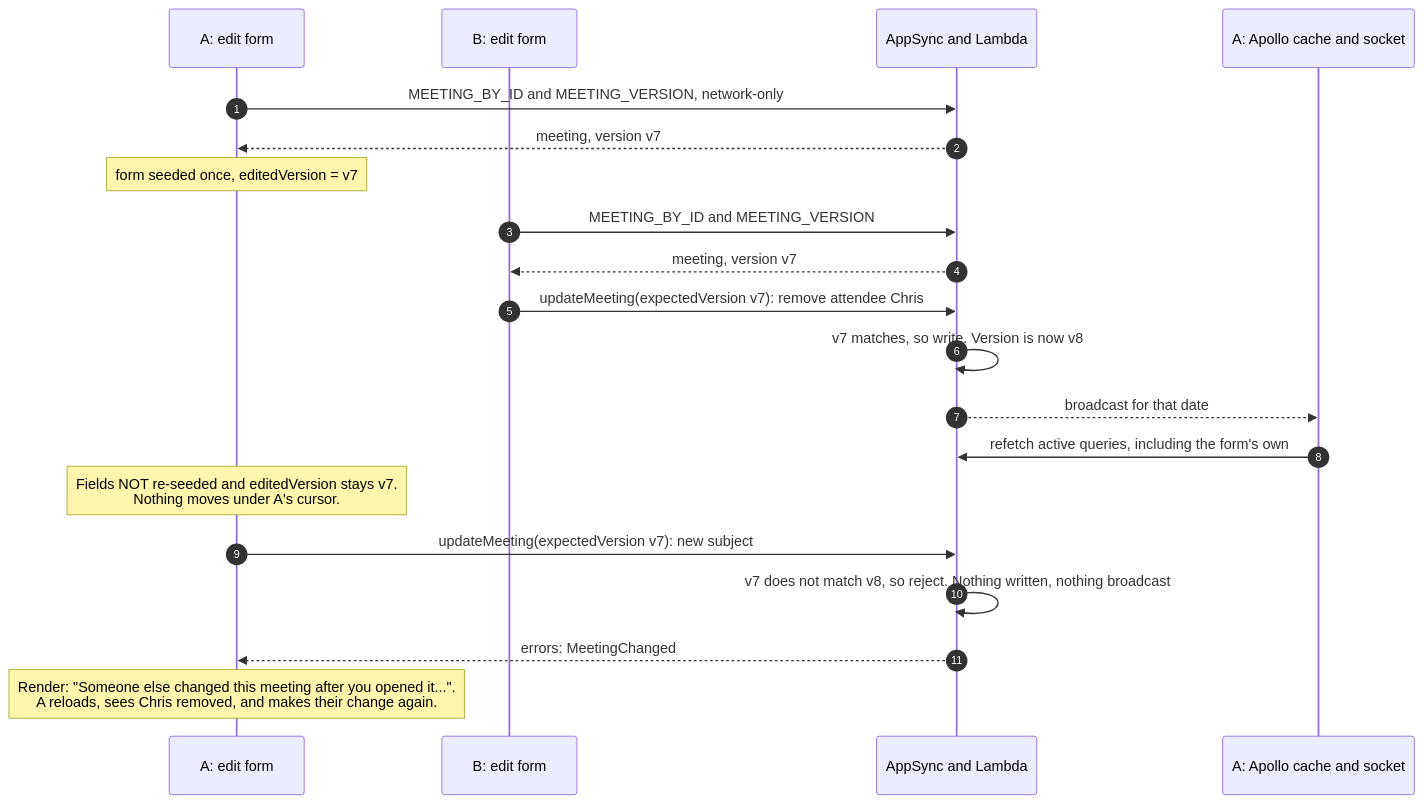
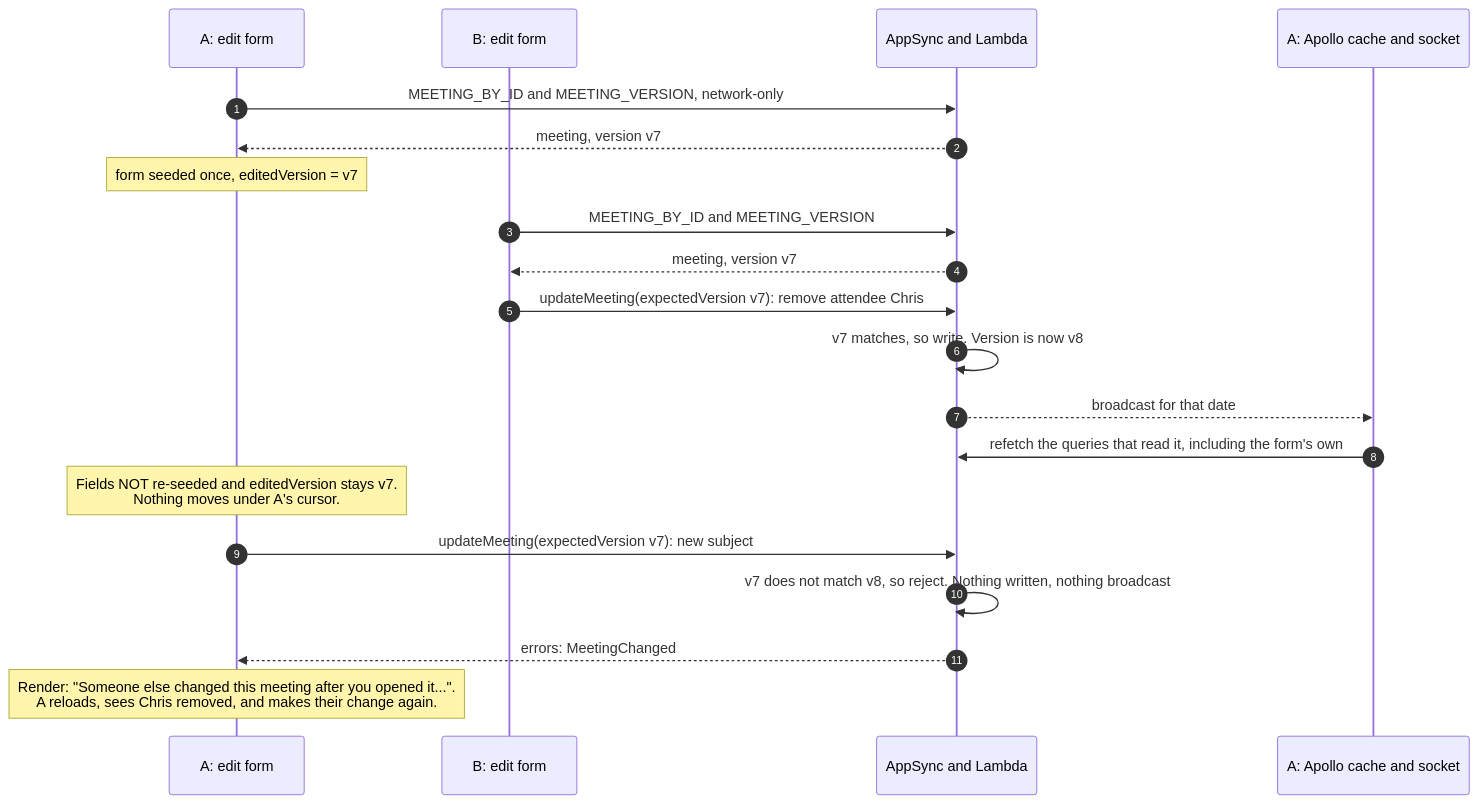
Before and after one commit to geoffweatherall/mootmaker: the seventh of 7 diagrams in docs/showcase/live-updates-talk.md, drawn with Mermaid. The commit also changed other lines of this file and 2 other files, not shown here.

First line of the commit message:
Describe targeted refetch and merge-on-refetch in the live-updates docs

````diff
--- a/docs/showcase/live-updates-talk.md
+++ b/docs/showcase/live-updates-talk.md
@@ -770,22 +790,22 @@
 ```mermaid
 sequenceDiagram
   autonumber
   participant AF as A: edit form
   participant BF as B: edit form
   participant API as AppSync and Lambda
   participant AC as A: Apollo cache and socket
   AF->>API: MEETING_BY_ID and MEETING_VERSION, network-only
   API-->>AF: meeting, version v7
   Note over AF: form seeded once, editedVersion = v7
   BF->>API: MEETING_BY_ID and MEETING_VERSION
   API-->>BF: meeting, version v7
   BF->>API: updateMeeting(expectedVersion v7): remove attendee Chris
   API->>API: v7 matches, so write. Version is now v8
   API-->>AC: broadcast for that date
-  AC->>API: refetch active queries, including the form's own
+  AC->>API: refetch the queries that read it, including the form's own
   Note over AF: Fields NOT re-seeded and editedVersion stays v7.<br/>Nothing moves under A's cursor.
   AF->>API: updateMeeting(expectedVersion v7): new subject
   API->>API: v7 does not match v8, so reject. Nothing written, nothing broadcast
   API-->>AF: errors: MeetingChanged
   Note over AF: Render: "Someone else changed this meeting after you opened it...".<br/>A reloads, sees Chris removed, and makes their change again.
 ```
````
